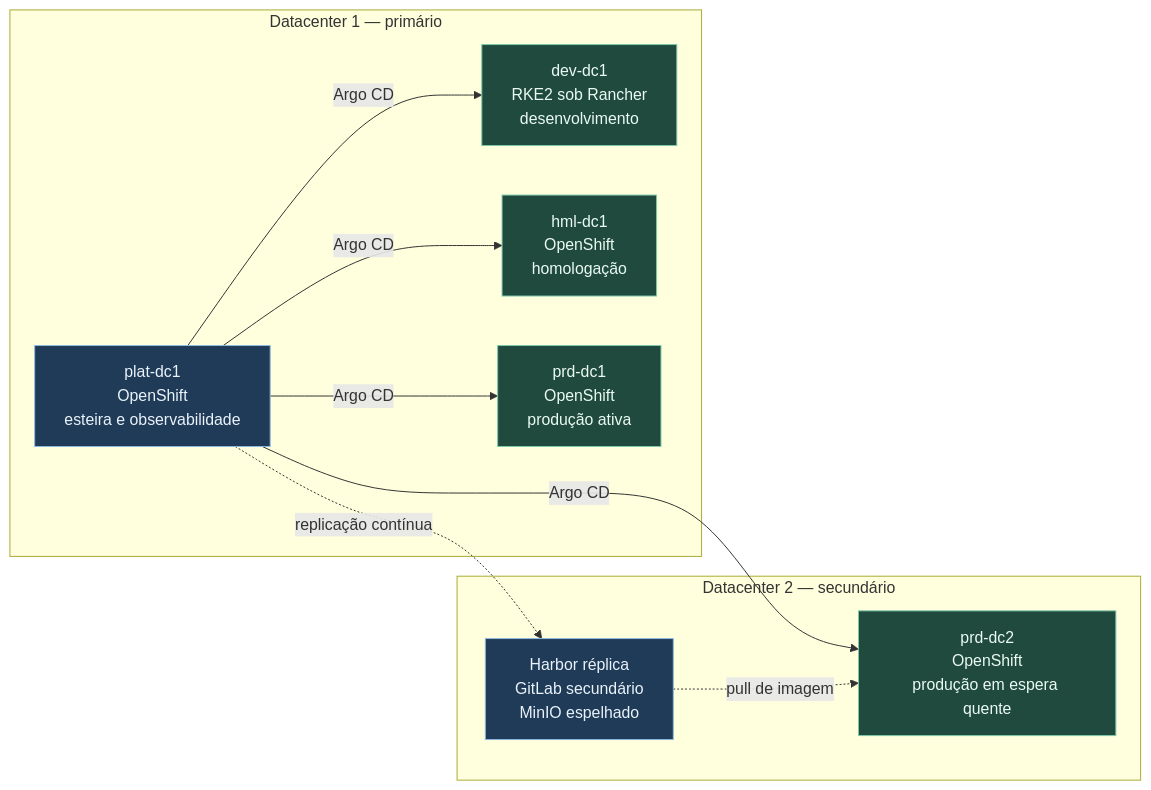
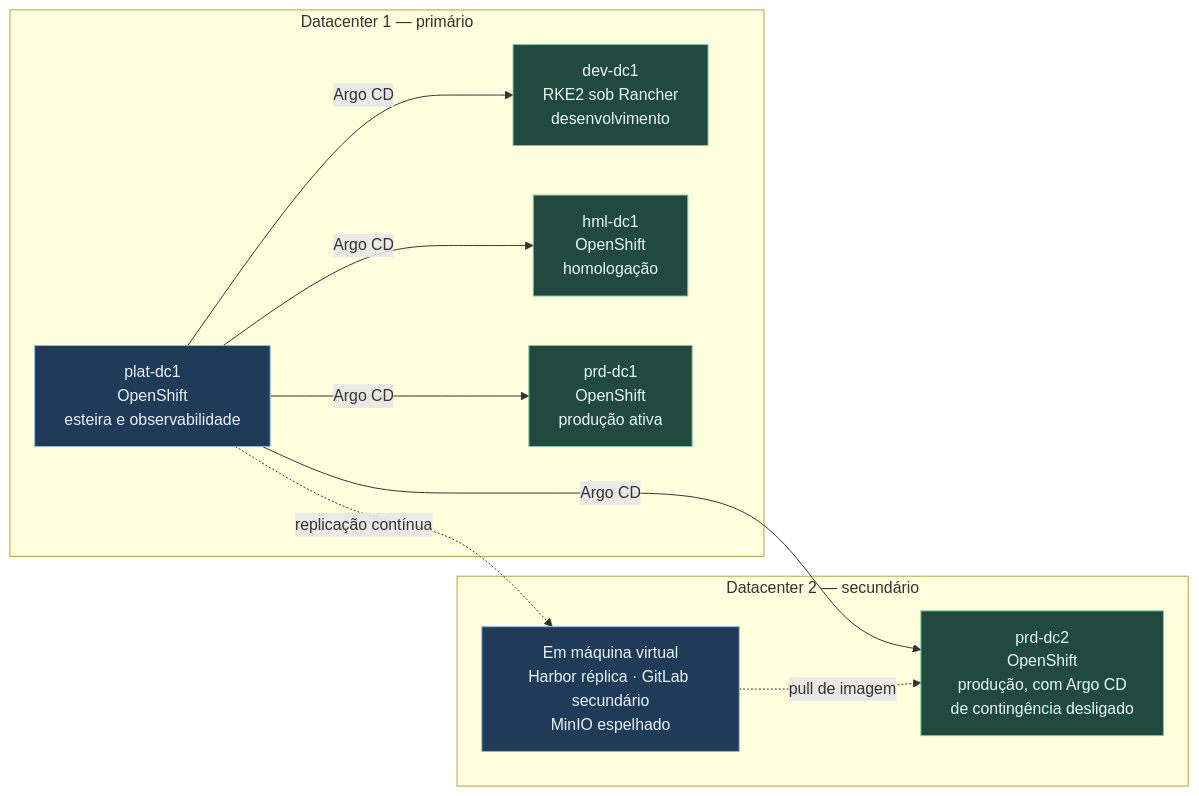
The diagram in docs/02-topologia.md (DiegoAmorimDev/plataforma-entrega-sefaz), drawn with Mermaid before and after one commit. The commit also changed other lines of this file and 10 other files, not shown here.

````diff
--- a/docs/02-topologia.md
+++ b/docs/02-topologia.md
@@ -24,26 +40,26 @@
 ```mermaid
 flowchart LR
     subgraph DC1["Datacenter 1 — primário"]
         PLAT["plat-dc1<br/>OpenShift<br/>esteira e observabilidade"]
         DEV["dev-dc1<br/>RKE2 sob Rancher<br/>desenvolvimento"]
         HML["hml-dc1<br/>OpenShift<br/>homologação"]
         PRD1["prd-dc1<br/>OpenShift<br/>produção ativa"]
     end
 
     subgraph DC2["Datacenter 2 — secundário"]
-        PRD2["prd-dc2<br/>OpenShift<br/>produção em espera quente"]
-        REP["Harbor réplica<br/>GitLab secundário<br/>MinIO espelhado"]
+        PRD2["prd-dc2<br/>OpenShift<br/>produção, com Argo CD<br/>de contingência desligado"]
+        REP["Em máquina virtual<br/>Harbor réplica · GitLab secundário<br/>MinIO espelhado"]
     end
 
     PLAT -->|Argo CD| DEV
     PLAT -->|Argo CD| HML
     PLAT -->|Argo CD| PRD1
     PLAT -->|Argo CD| PRD2
     PLAT -.->|replicação contínua| REP
     REP -.->|pull de imagem| PRD2
 
     classDef p fill:#1f3b57,stroke:#8fb8de,color:#eaf2fa
     classDef e fill:#1f4a3d,stroke:#7fc8ab,color:#eafaf3
     class PLAT,REP p
     class DEV,HML,PRD1,PRD2 e
 ```
````
